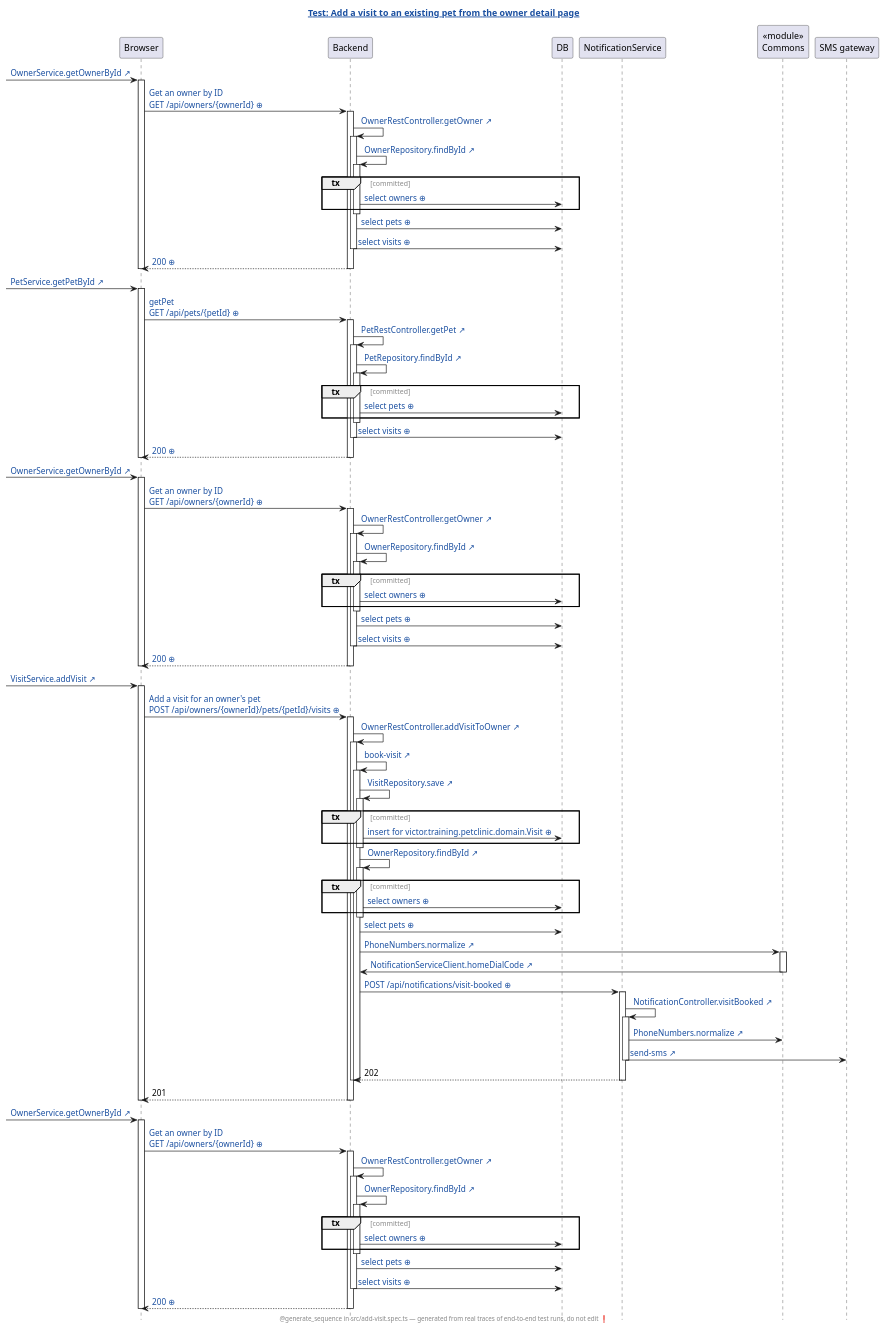
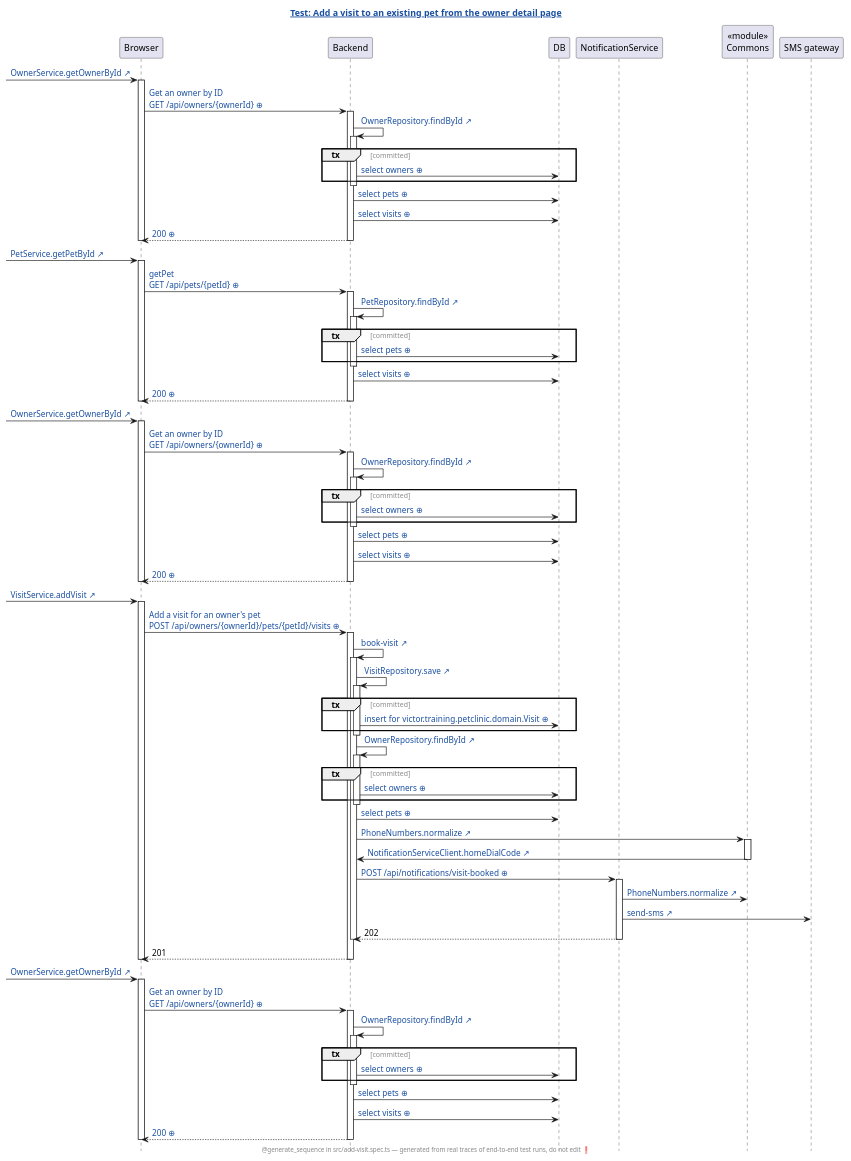
Before and after one commit to victorrentea/human-review: the diagram in demo/demo2/assets/genseq/petclinic-test/generated/add-visit.spec.ts.add-a-visit-to-an-existing-pet-from-the-owner-detail-page.genseq.puml, drawn with PlantUML. The commit also changed 250 other files, not shown here.

```diff
--- a/demo/demo2/assets/genseq/petclinic-test/generated/add-visit.spec.ts.add-a-visit-to-an-existing-pet-from-the-owner-detail-page.genseq.puml
+++ b/demo/demo2/assets/genseq/petclinic-test/generated/add-visit.spec.ts.add-a-visit-to-an-existing-pet-from-the-owner-detail-page.genseq.puml
@@ -1,126 +1,108 @@
 @startuml
 ' ⚠️  GENERATED FILE — DO NOT EDIT. Every edit is lost on the next run.
 hide footbox
 skinparam hyperlinkUnderline false
 skinparam hyperlinkColor #1A4FA0
 skinparam sequenceGroupFontColor #888888
 skinparam sequenceGroupFontStyle plain
 title [[src://petclinic-test/src/add-visit.spec.ts:34{Click to open the test} Test: Add a visit to an existing pet from the owner detail page]]
 footer @generate_sequence in src/add-visit.spec.ts — generated from real traces of end-to-end test runs, do not edit ❗
 participant Browser
 participant Backend
 participant DB
 participant NotificationService
 participant "«module»\nCommons" as Commons
 participant "SMS gateway"
 [-> Browser: [[src://petclinic-frontend/src/app/owners/owner-detail/owner-detail.component.ts:22{Click to open the line that sent this request: owner-detail.component.ts:22} OwnerService.getOwnerById ↗]]
 activate Browser
-Browser -> Backend: [[genseq://06lchgi{Click for the request as it was sent} Get an owner by ID\nGET /api/owners/{ownerId} ⊕]]
-activate Backend
-Backend -> Backend: [[src://petclinic-backend/src/main/java/victor/training/petclinic/rest/OwnerRestController.java:103{Click to open OwnerRestController.getOwner} OwnerRestController.getOwner ↗]]
+Browser -> Backend: [[genseq://02kjgbq{Click for the request as it was sent} Get an owner by ID\nGET /api/owners/{ownerId} ⊕]]
 activate Backend
 Backend -> Backend: [[src://petclinic-backend/src/main/java/victor/training/petclinic/repository/OwnerRepository.java:14{Click to open OwnerRepository.findById} OwnerRepository.findById ↗]]
 activate Backend
 group tx [committed]
 Backend -> DB: [[genseq://0x8aana{Click for the statement behind this call} select owners ⊕]]
 end
 deactivate Backend
 Backend -> DB: [[genseq://18567ho{Click for the statement behind this call} select pets ⊕]]
 Backend -> DB: [[genseq://13apewa{Click for the statement behind this call} select visits ⊕]]
-deactivate Backend
 Backend --> Browser: [[genseq://0zavcxa{Click for this call’s JSON body} 200 ⊕]]
 deactivate Backend
 deactivate Browser
 [-> Browser: [[src://petclinic-frontend/src/app/visits/visit-add/visit-add.component.ts:42{Click to open the line that sent this request: visit-add.component.ts:42} PetService.getPetById ↗]]
 activate Browser
-Browser -> Backend: [[genseq://17x7zoe{Click for the request as it was sent} getPet\nGET /api/pets/{petId} ⊕]]
-activate Backend
-Backend -> Backend: [[src://petclinic-backend/src/main/java/victor/training/petclinic/rest/PetRestController.java:33{Click to open PetRestController.getPet} PetRestController.getPet ↗]]
+Browser -> Backend: [[genseq://1bdv4p2{Click for the request as it was sent} getPet\nGET /api/pets/{petId} ⊕]]
 activate Backend
 Backend -> Backend: [[src://petclinic-backend/src/main/java/victor/training/petclinic/repository/PetRepository.java:16{Click to open PetRepository.findById} PetRepository.findById ↗]]
 activate Backend
 group tx [committed]
 Backend -> DB: [[genseq://0y7w2ps{Click for the statement behind this call} select pets ⊕]]
 end
 deactivate Backend
 Backend -> DB: [[genseq://13apewa{Click for the statement behind this call} select visits ⊕]]
-deactivate Backend
 Backend --> Browser: [[genseq://01mmlgx{Click for this call’s JSON body} 200 ⊕]]
 deactivate Backend
 deactivate Browser
 [-> Browser: [[src://petclinic-frontend/src/app/visits/visit-add/visit-add.component.ts:47{Click to open the line that sent this request: visit-add.component.ts:47} OwnerService.getOwnerById ↗]]
 activate Browser
-Browser -> Backend: [[genseq://06lchgi{Click for the request as it was sent} Get an owner by ID\nGET /api/owners/{ownerId} ⊕]]
-activate Backend
-Backend -> Backend: [[src://petclinic-backend/src/main/java/victor/training/petclinic/rest/OwnerRestController.java:103{Click to open OwnerRestController.getOwner} OwnerRestController.getOwner ↗]]
+Browser -> Backend: [[genseq://02kjgbq{Click for the request as it was sent} Get an owner by ID\nGET /api/owners/{ownerId} ⊕]]
 activate Backend
 Backend -> Backend: [[src://petclinic-backend/src/main/java/victor/training/petclinic/repository/OwnerRepository.java:14{Click to open OwnerRepository.findById} OwnerRepository.findById ↗]]
 activate Backend
 group tx [committed]
 Backend -> DB: [[genseq://0x8aana{Click for the statement behind this call} select owners ⊕]]
 end
 deactivate Backend
 Backend -> DB: [[genseq://18567ho{Click for the statement behind this call} select pets ⊕]]
 Backend -> DB: [[genseq://13apewa{Click for the statement behind this call} select visits ⊕]]
-deactivate Backend
 Backend --> Browser: [[genseq://0zavcxa{Click for this call’s JSON body} 200 ⊕]]
 deactivate Backend
 deactivate Browser
 [-> Browser: [[src://petclinic-frontend/src/app/visits/visit-add/visit-add.component.ts:63{Click to open the line that sent this request: visit-add.component.ts:63 ← visit-add.component.html:25} VisitService.addVisit ↗]]
 activate Browser
-Browser -> Backend: [[genseq://0prgu3t{Click for the request as it was sent} Add a visit for an owner's pet\nPOST /api/owners/{ownerId}/pets/{petId}/visits ⊕]]
-activate Backend
-Backend -> Backend: [[src://petclinic-backend/src/main/java/victor/training/petclinic/rest/OwnerRestController.java:167{Click to open OwnerRestController.addVisitToOwner} OwnerRestController.addVisitToOwner ↗]]
+Browser -> Backend: [[genseq://03gu05t{Click for the request as it was sent} Add a visit for an owner's pet\nPOST /api/owners/{ownerId}/pets/{petId}/visits ⊕]]
 activate Backend
 Backend -> Backend: [[src://petclinic-backend/src/main/java/victor/training/petclinic/rest/OwnerRestController.java:183{Click to open OwnerRestController.bookVisit} book-visit ↗]]
 activate Backend
-Backend -> Backend: [[src://petclinic-backend/src/main/java/victor/training/petclinic/repository/VisitRepository.java:16{Click to open VisitRepository.save} VisitRepository.save ↗]]
+Backend -> Backend: [[src://petclinic-backend/src/main/java/victor/training/petclinic/repository/VisitRepository.java:17{Click to open VisitRepository.save} VisitRepository.save ↗]]
 activate Backend
 group tx [committed]
-Backend -> DB: [[genseq://0jsen8c{Click for the statement behind this call} insert for victor.training.petclinic.domain.Visit ⊕]]
+Backend -> DB: [[genseq://01z8jq4{Click for the statement behind this call} insert for victor.training.petclinic.domain.Visit ⊕]]
 end
 deactivate Backend
 Backend -> Backend: [[src://petclinic-backend/src/main/java/victor/training/petclinic/repository/OwnerRepository.java:14{Click to open OwnerRepository.findById} OwnerRepository.findById ↗]]
 activate Backend
 group tx [committed]
 Backend -> DB: [[genseq://0x8aana{Click for the statement behind this call} select owners ⊕]]
 end
 deactivate Backend
 Backend -> DB: [[genseq://18567ho{Click for the statement behind this call} select pets ⊕]]
 Backend -> Commons: [[src://petclinic-commons/src/main/java/victor/training/commons/PhoneNumbers.java:14{Click to open PhoneNumbers.normalize} PhoneNumbers.normalize ↗]]
 activate Commons
 Commons -> Backend: [[src://petclinic-backend/src/main/java/victor/training/petclinic/notification/NotificationServiceClient.java:45{Click to open NotificationServiceClient.homeDialCode} NotificationServiceClient.homeDialCode ↗]]
 deactivate Commons
 Backend -> NotificationService: [[genseq://00gfug0{Click for the request as it was sent} POST /api/notifications/visit-booked ⊕]]
 activate NotificationService
-NotificationService -> NotificationService: [[src://notification-service/src/main/java/victor/training/notification/NotificationController.java:22{Click to open NotificationController.visitBooked} NotificationController.visitBooked ↗]]
-activate NotificationService
 NotificationService -> Commons: [[src://petclinic-commons/src/main/java/victor/training/commons/PhoneNumbers.java:8{Click to open PhoneNumbers.normalize} PhoneNumbers.normalize ↗]]
 NotificationService -> "SMS gateway": [[src://notification-service/src/main/java/victor/training/notification/SmsGateway.java:23{Click to open SmsGateway.send} send-sms ↗]]
-deactivate NotificationService
 NotificationService --> Backend: 202
 deactivate NotificationService
-deactivate Backend
 deactivate Backend
 Backend --> Browser: 201
 deactivate Backend
 deactivate Browser
 [-> Browser: [[src://petclinic-frontend/src/app/owners/owner-detail/owner-detail.component.ts:22{Click to open the line that sent this request: owner-detail.component.ts:22} OwnerService.getOwnerById ↗]]
 activate Browser
-Browser -> Backend: [[genseq://06lchgi{Click for the request as it was sent} Get an owner by ID\nGET /api/owners/{ownerId} ⊕]]
-activate Backend
-Backend -> Backend: [[src://petclinic-backend/src/main/java/victor/training/petclinic/rest/OwnerRestController.java:103{Click to open OwnerRestController.getOwner} OwnerRestController.getOwner ↗]]
+Browser -> Backend: [[genseq://02kjgbq{Click for the request as it was sent} Get an owner by ID\nGET /api/owners/{ownerId} ⊕]]
 activate Backend
 Backend -> Backend: [[src://petclinic-backend/src/main/java/victor/training/petclinic/repository/OwnerRepository.java:14{Click to open OwnerRepository.findById} OwnerRepository.findById ↗]]
 activate Backend
 group tx [committed]
 Backend -> DB: [[genseq://0x8aana{Click for the statement behind this call} select owners ⊕]]
 end
 deactivate Backend
 Backend -> DB: [[genseq://18567ho{Click for the statement behind this call} select pets ⊕]]
 Backend -> DB: [[genseq://13apewa{Click for the statement behind this call} select visits ⊕]]
-deactivate Backend
-Backend --> Browser: [[genseq://1h1k23v{Click for this call’s JSON body} 200 ⊕]]
+Backend --> Browser: [[genseq://1qvsitn{Click for this call’s JSON body} 200 ⊕]]
 deactivate Backend
 deactivate Browser
 @enduml
```
